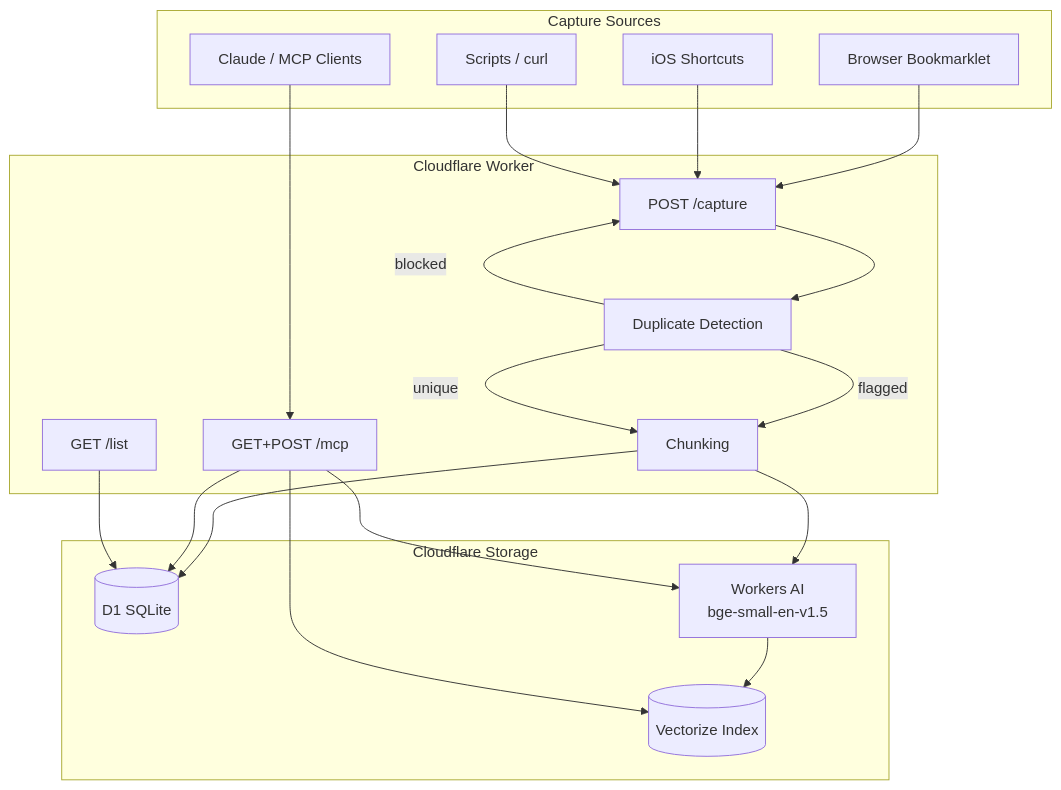
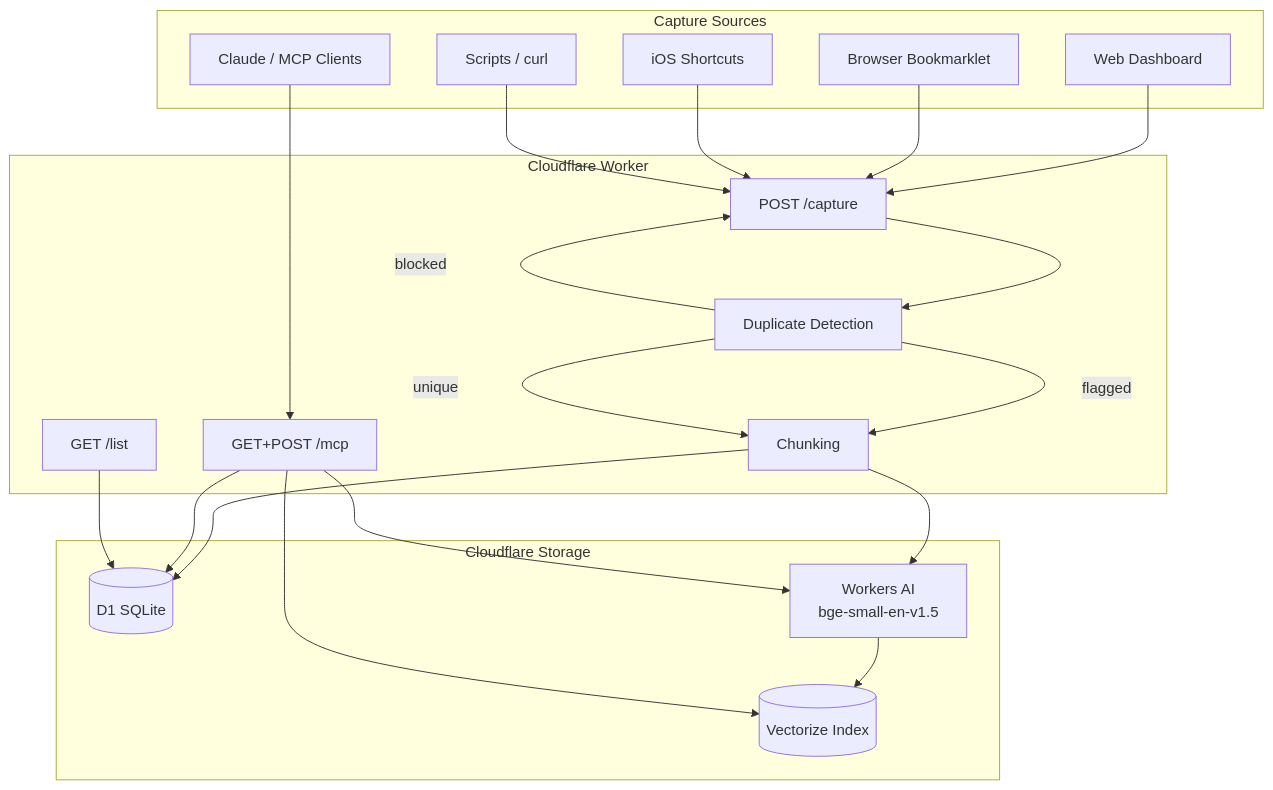
The diagram in README.md (rahilp/second-brain-cloudflare), drawn with Mermaid before and after one commit. The commit also changed other lines of this file and 1 other file, not shown here.

````diff
--- a/README.md
+++ b/README.md
@@ -61,41 +74,43 @@
 ```mermaid
 flowchart TB
     subgraph Clients["Capture Sources"]
+        UI[Web Dashboard]
         B[Browser Bookmarklet]
         I[iOS Shortcuts]
         C[Claude / MCP Clients]
         S[Scripts / curl]
     end
 
     subgraph Worker["Cloudflare Worker"]
         CAP[POST /capture]
         LIST[GET /list]
         MCP[GET+POST /mcp]
         DUP[Duplicate Detection]
         CHUNK[Chunking]
     end
 
     subgraph Storage["Cloudflare Storage"]
         D1[(D1 SQLite)]
         VEC[(Vectorize Index)]
         AI[Workers AI\nbge-small-en-v1.5]
     end
 
+    UI --> CAP
     B --> CAP
     I --> CAP
     S --> CAP
     C --> MCP
 
     CAP --> DUP
     DUP -->|blocked| CAP
     DUP -->|flagged| CHUNK
     DUP -->|unique| CHUNK
     CHUNK --> D1
     CHUNK --> AI
     AI --> VEC
 
     MCP --> AI
     MCP --> VEC
     MCP --> D1
     LIST --> D1
 ```
````
